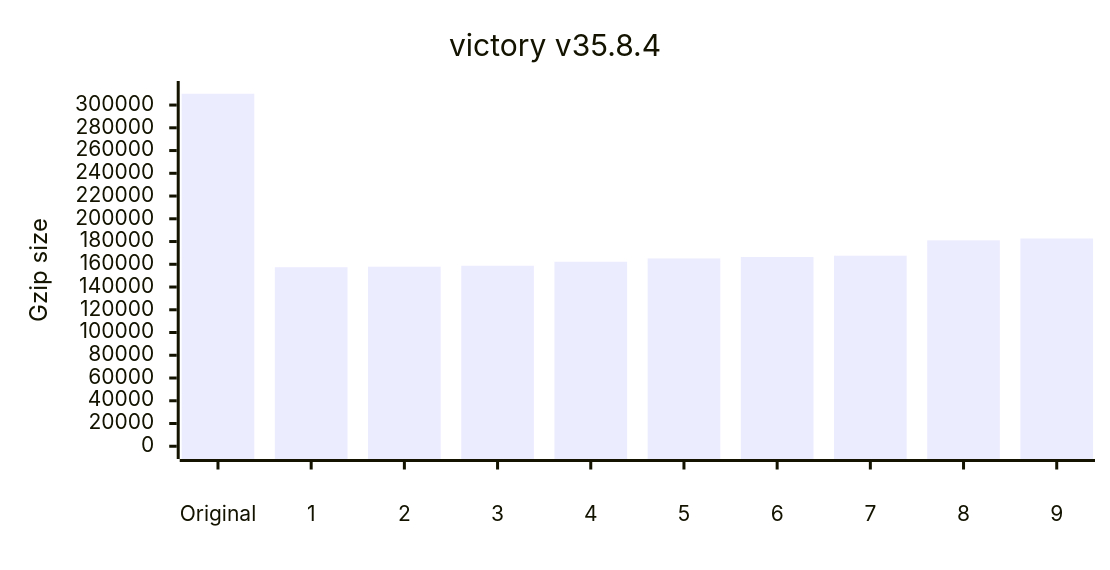
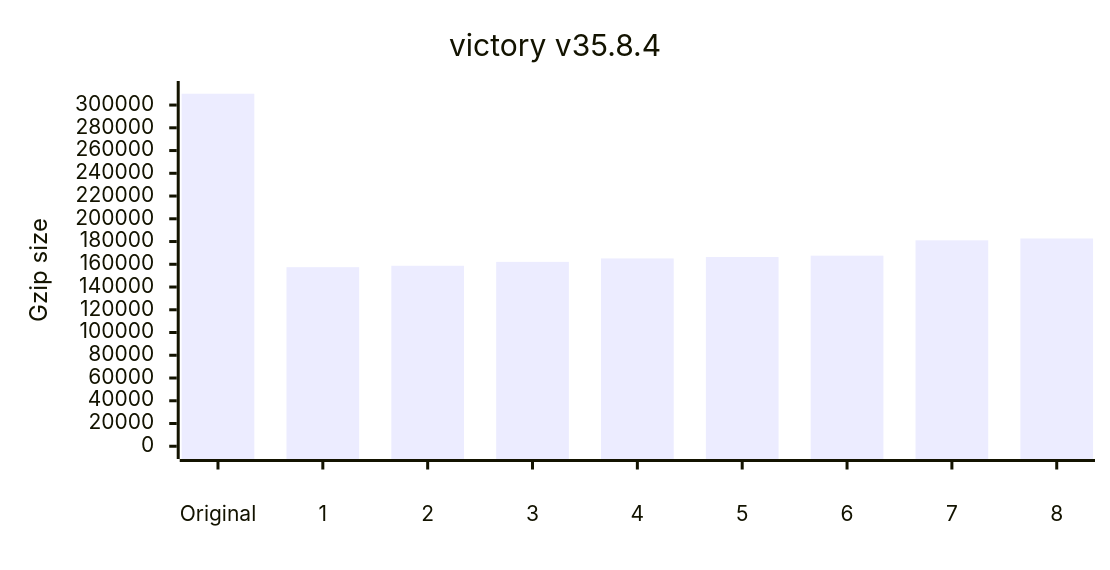
Before and after one commit to privatenumber/minification-benchmarks: the ninth of 12 diagrams in README.md, drawn with Mermaid. The commit also changed other lines of this file, not shown here.

````diff
--- a/README.md
+++ b/README.md
@@ -390,17 +414,17 @@
 ```mermaid
 ---
 config:
     xyChart:
         width: 720
         height: 360
         xAxis:
             labelPadding: 20
         yAxis:
             labelPadding: 10
 ---
 xychart-beta
 	title "victory v35.8.4"
-	x-axis ["Original",1,2,3,4,5,6,7,8,9]
+	x-axis ["Original",1,2,3,4,5,6,7,8]
 	y-axis "Gzip size" 0 --> 309942
-	bar [309942,157435,157900,158706,162262,165131,166386,167579,181071,182671]
+	bar [309942,157435,158679,162104,165131,166386,167579,181071,182671]
 ```
````
